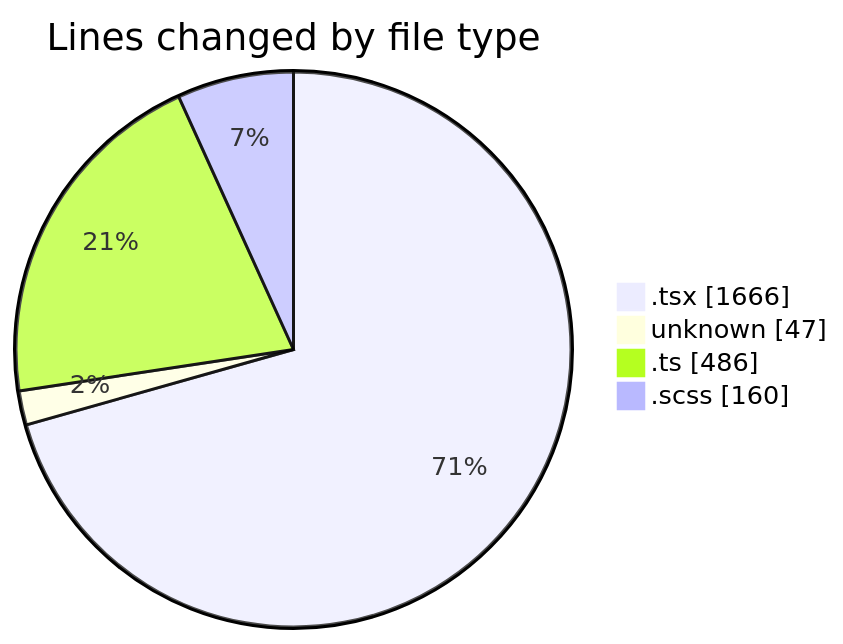
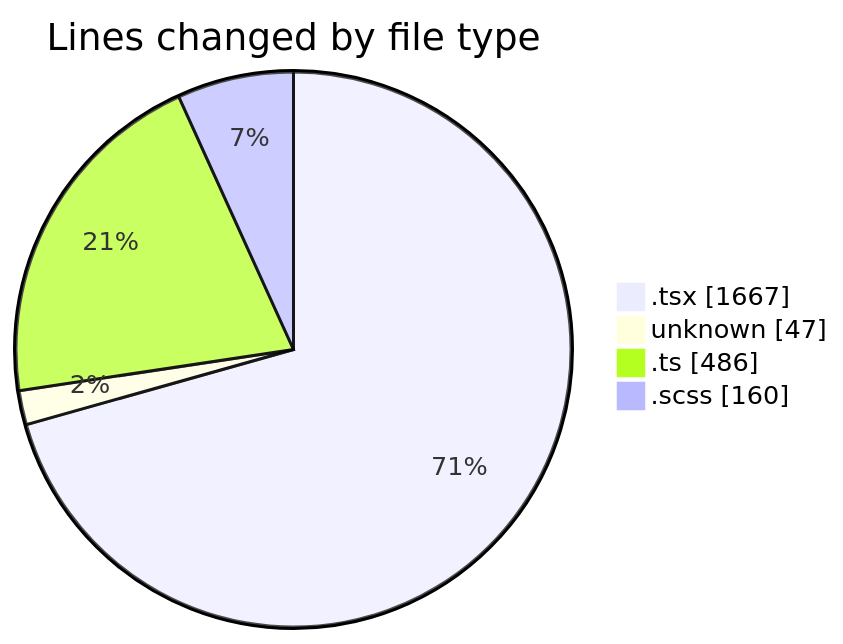
The first of 2 diagrams in 2025-09-18/cda/README.md (momahboobian/code-tracking), drawn with Mermaid before and after one commit. The commit also changed other lines of this file and 1 other file, not shown here.

````diff
--- a/2025-09-18/cda/README.md
+++ b/2025-09-18/cda/README.md
@@ -25,8 +25,8 @@
 ```mermaid
 pie showData
 title Lines changed by file type
-".tsx" : 1666
+".tsx" : 1667
 "unknown" : 47
 ".ts" : 486
 ".scss" : 160
 ```
````
